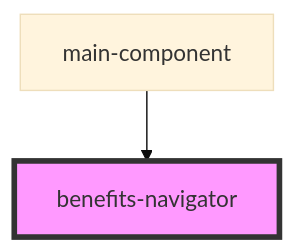
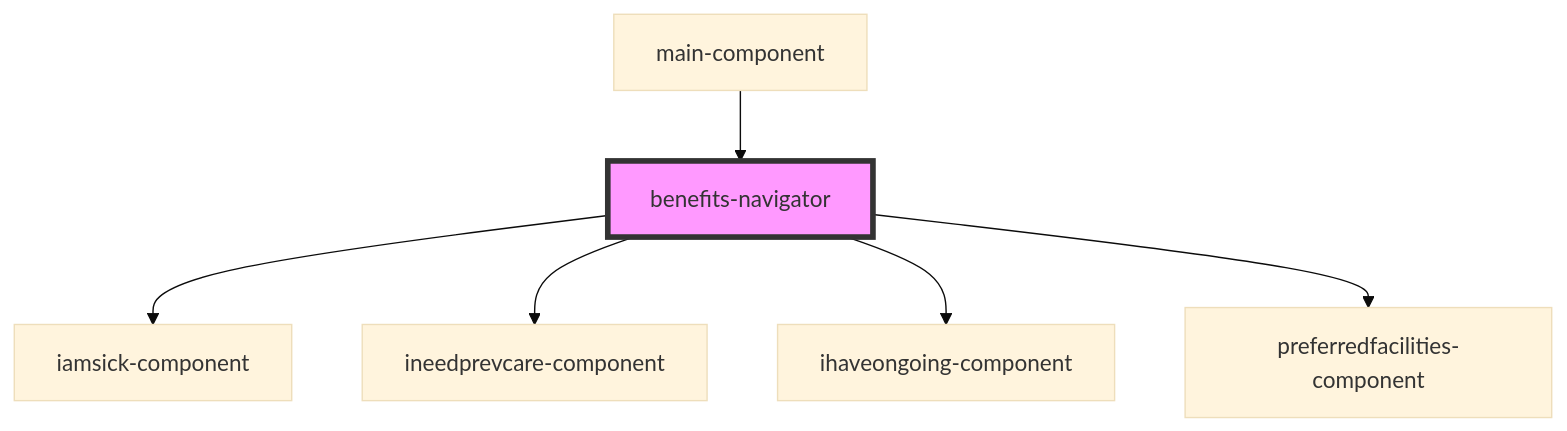
One commit to preethamreddy9998/stencil changed the diagram in src/components/pages/benefits-navigator/readme.md. Above: the diagram before and after it, drawn with Mermaid (base theme). The commit also changed other lines of this file and 80 other files, not shown here.

````diff
--- a/src/components/pages/benefits-navigator/readme.md
+++ b/src/components/pages/benefits-navigator/readme.md
@@ -15,5 +22,9 @@
 ```mermaid
 graph TD;
+  benefits-navigator --> iamsick-component
+  benefits-navigator --> ineedprevcare-component
+  benefits-navigator --> ihaveongoing-component
+  benefits-navigator --> preferredfacilities-component
   main-component --> benefits-navigator
   style benefits-navigator fill:#f9f,stroke:#333,stroke-width:4px
 ```
````
